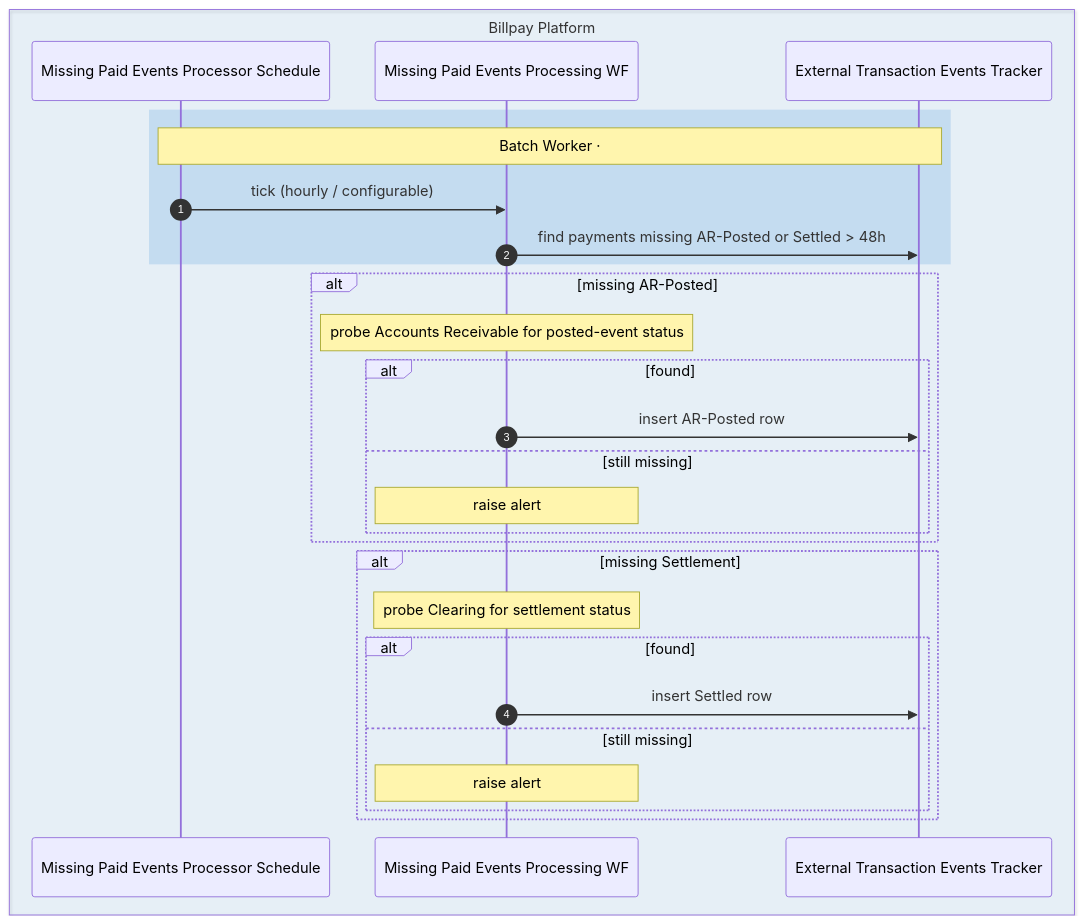
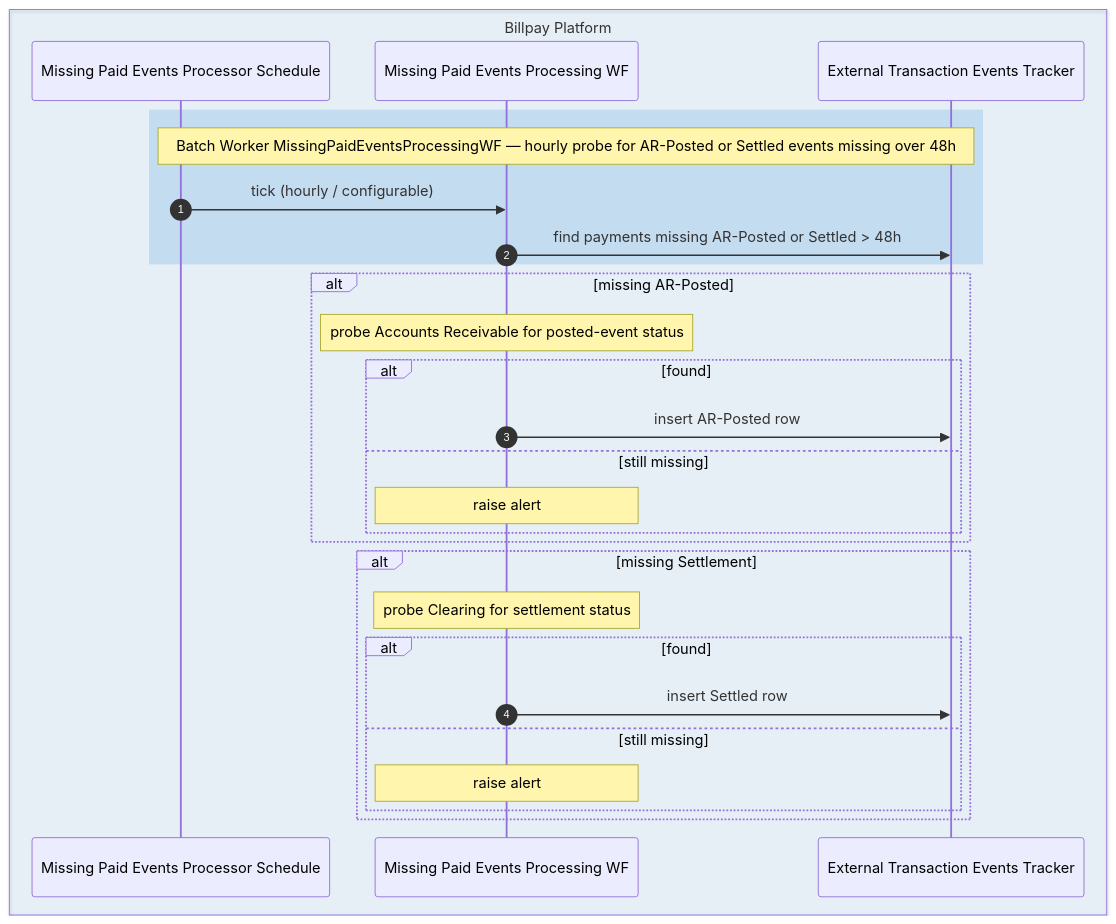
The tenth of 11 diagrams in docs/diagrams/sequence-diagrams.md (arunav-bhattacharya/billpay-docs), drawn with Mermaid before and after one commit. The commit also changed other lines of this file, not shown here.

First line of the commit message:
Tidy Realtime/Batch Worker notes and extend Realtime annotation to async block in diagram #1

````diff
--- a/docs/diagrams/sequence-diagrams.md
+++ b/docs/diagrams/sequence-diagrams.md
@@ -578,33 +578,33 @@
 ```mermaid
 sequenceDiagram
   autonumber
 
   box rgba(0,111,207,0.08) Billpay Platform
     participant SCH as Missing Paid Events Processor Schedule
     participant MPE as Missing Paid Events Processing WF
     participant TRK as External Transaction Events Tracker
   end
 
   rect rgba(0,111,207,0.15)
-    Note over SCH,TRK: Batch Worker · #MissingPaidEventsProcessingWF — hourly probe for AR-Posted or Settled events missing &gt; 48h
+    Note over SCH,TRK: Batch Worker MissingPaidEventsProcessingWF — hourly probe for AR-Posted or Settled events missing over 48h
     SCH->>MPE: tick (hourly / configurable)
     MPE->>TRK: find payments missing AR-Posted or Settled > 48h
   end
 
   alt missing AR-Posted
     Note over MPE: probe Accounts Receivable for posted-event status
     alt found
       MPE->>TRK: insert AR-Posted row
     else still missing
       Note over MPE: raise alert
     end
   end
   alt missing Settlement
     Note over MPE: probe Clearing for settlement status
     alt found
       MPE->>TRK: insert Settled row
     else still missing
       Note over MPE: raise alert
     end
   end
 ```
````
